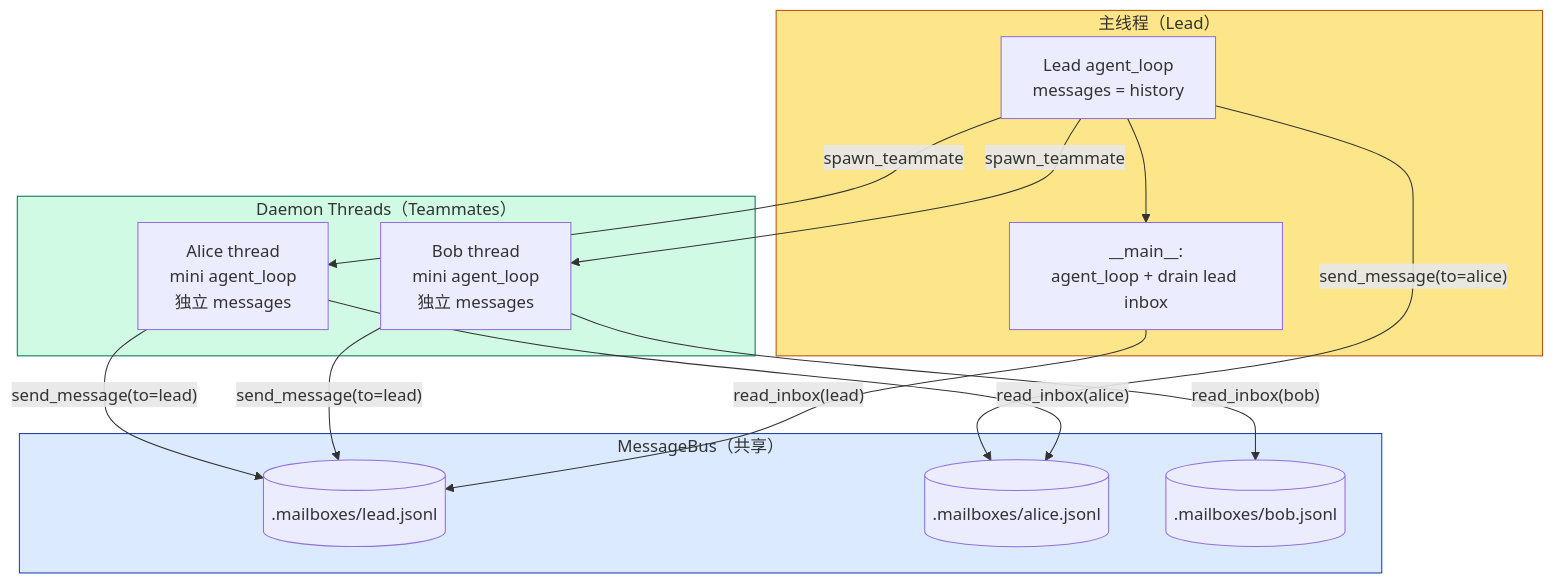
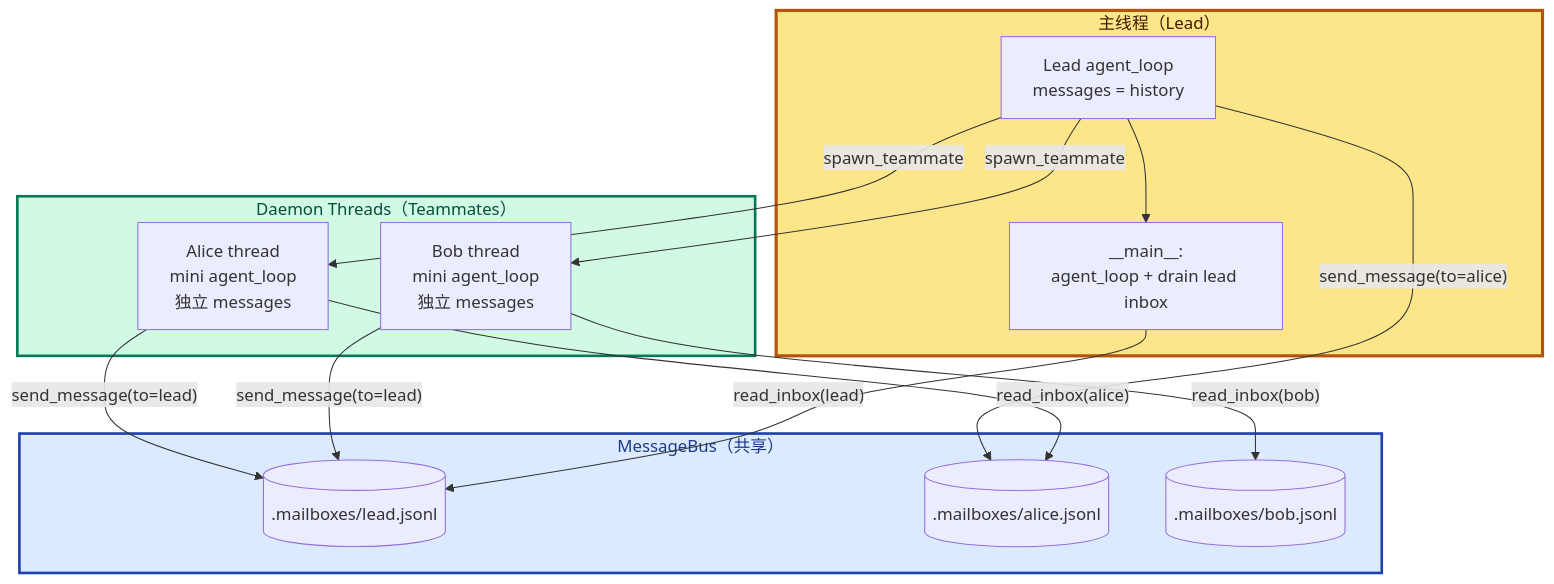
Before and after one commit to PyrePuin/From-Zero-LLM-Agent-Infra-Notes: the first of 4 diagrams in Agent/Harness/Claude Code/Phase 5 - 多智能体/15 - Agent Teams.md, drawn with Mermaid. The commit also changed other lines of this file and 23 other files, not shown here.

First line of the commit message:
refactor(mermaid): 统一所有图的视觉规范

````diff
--- a/Agent/Harness/Claude Code/Phase 5 - 多智能体/15 - Agent Teams.md
+++ b/Agent/Harness/Claude Code/Phase 5 - 多智能体/15 - Agent Teams.md
@@ -109,32 +109,33 @@
 ```mermaid
+%%{init: {'themeVariables': {'fontSize': '16px', 'fontFamily': 'ui-sans-serif, system-ui, -apple-system, "Segoe UI", Roboto, sans-serif'}}}%%
 flowchart TB
     subgraph Main["主线程（Lead）"]
         L1["Lead agent_loop<br/>messages = history"]
         L2["__main__:<br/>agent_loop + drain lead inbox"]
         L1 --> L2
     end
 
     subgraph Bus["MessageBus（共享）"]
         B1[(".mailboxes/lead.jsonl")]
         B2[(".mailboxes/alice.jsonl")]
         B3[(".mailboxes/bob.jsonl")]
     end
 
     subgraph Teammates["Daemon Threads（Teammates）"]
         T1["Alice thread<br/>mini agent_loop<br/>独立 messages"]
         T2["Bob thread<br/>mini agent_loop<br/>独立 messages"]
     end
 
     L1 -->|"spawn_teammate"| T1
     L1 -->|"spawn_teammate"| T2
     L1 -->|"send_message(to=alice)"| B2
     T1 -->|"send_message(to=lead)"| B1
     T1 -->|"read_inbox(alice)"| B2
     T2 -->|"send_message(to=lead)"| B1
     T2 -->|"read_inbox(bob)"| B3
     L2 -->|"read_inbox(lead)"| B1
 
-    style Main fill:#fde68a,stroke:#b45309
-    style Bus fill:#dbeafe,stroke:#1e40af
-    style Teammates fill:#d1fae5,stroke:#047857
+    style Main fill:#fde68a,stroke:#b45309,stroke-width:3px,color:#451a03
+    style Bus fill:#dbeafe,stroke:#1e40af,stroke-width:2.5px,color:#1e3a8a
+    style Teammates fill:#d1fae5,stroke:#047857,stroke-width:2.5px,color:#064e3b
 ```
````
